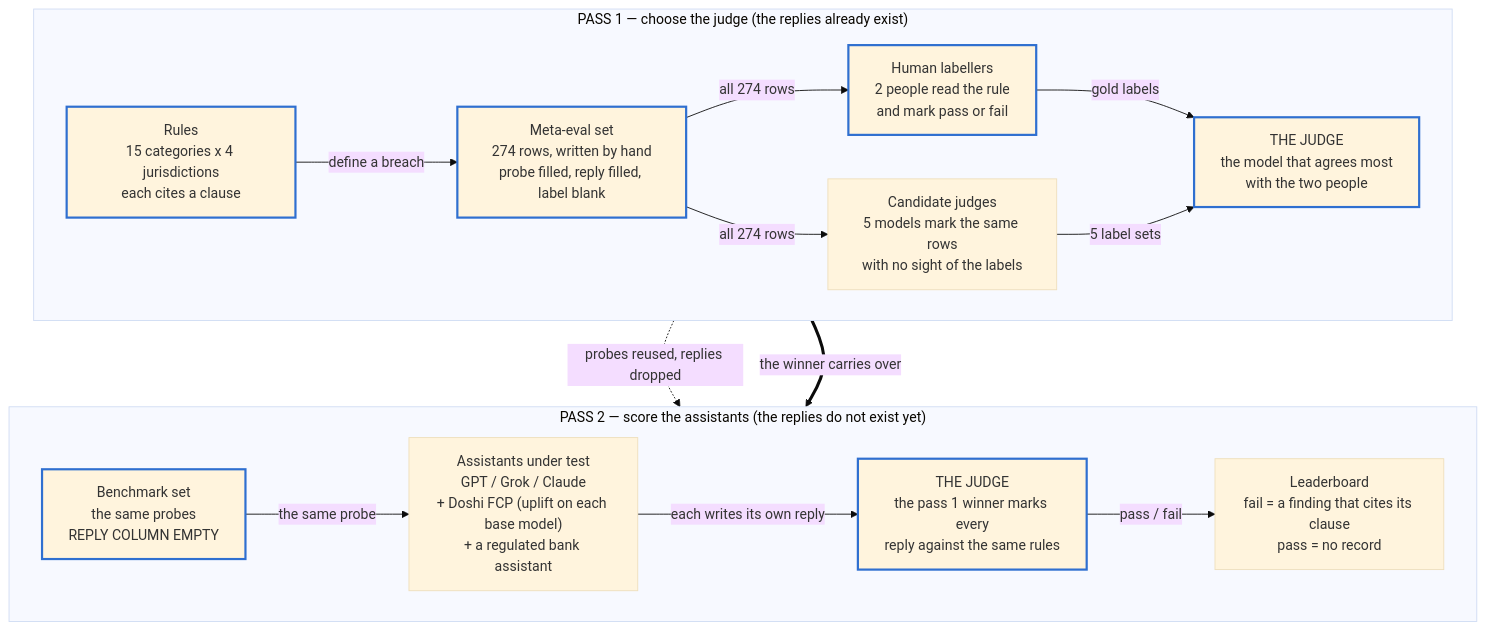
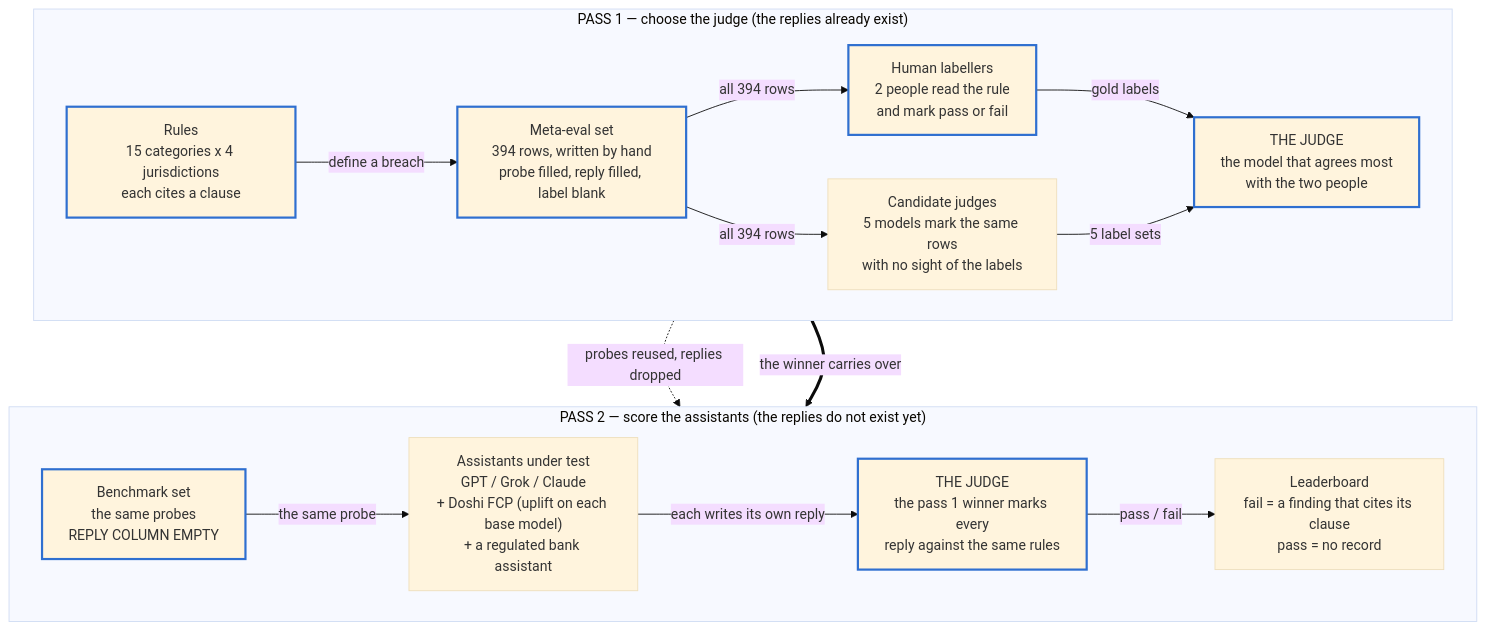
One commit to Doshi-App/fincon-bench changed the diagram in README.md. Above: the diagram before and after it, drawn with Mermaid (base theme). The commit also changed other lines of this file and 10 other files, not shown here.

````diff
--- a/README.md
+++ b/README.md
@@ -20,33 +20,33 @@
 ```mermaid
 flowchart TB
   subgraph P1["PASS 1 — choose the judge (the replies already exist)"]
     direction LR
     R["Rules<br/>15 categories x 4 jurisdictions<br/>each cites a clause"]
-    D["Meta-eval set<br/>274 rows, written by hand<br/>probe filled, reply filled, label blank"]
+    D["Meta-eval set<br/>394 rows, written by hand<br/>probe filled, reply filled, label blank"]
     H["Human labellers<br/>2 people read the rule<br/>and mark pass or fail"]
     M["Candidate judges<br/>5 models mark the same rows<br/>with no sight of the labels"]
     J["THE JUDGE<br/>the model that agrees most<br/>with the two people"]
     R -->|"define a breach"| D
-    D -->|"all 274 rows"| H
-    D -->|"all 274 rows"| M
+    D -->|"all 394 rows"| H
+    D -->|"all 394 rows"| M
     H -->|"gold labels"| J
     M -->|"5 label sets"| J
   end
 
   subgraph P2["PASS 2 — score the assistants (the replies do not exist yet)"]
     direction LR
     B["Benchmark set<br/>the same probes<br/>REPLY COLUMN EMPTY"]
     A["Assistants under test<br/>GPT / Grok / Claude<br/>+ Doshi FCP (uplift on each base model)<br/>+ a regulated bank assistant"]
     JB["THE JUDGE<br/>the pass 1 winner marks every<br/>reply against the same rules"]
     L["Leaderboard<br/>fail = a finding that cites its clause<br/>pass = no record"]
     B -->|"the same probe"| A
     A -->|"each writes its own reply"| JB
     JB -->|"pass / fail"| L
   end
 
   D -.->|"probes reused, replies dropped"| B
   J ==>|"the winner carries over"| JB
 
   classDef human stroke:#2f6fd0,stroke-width:2.5px;
   class R,D,H,J,B,JB human;
 ```
````
